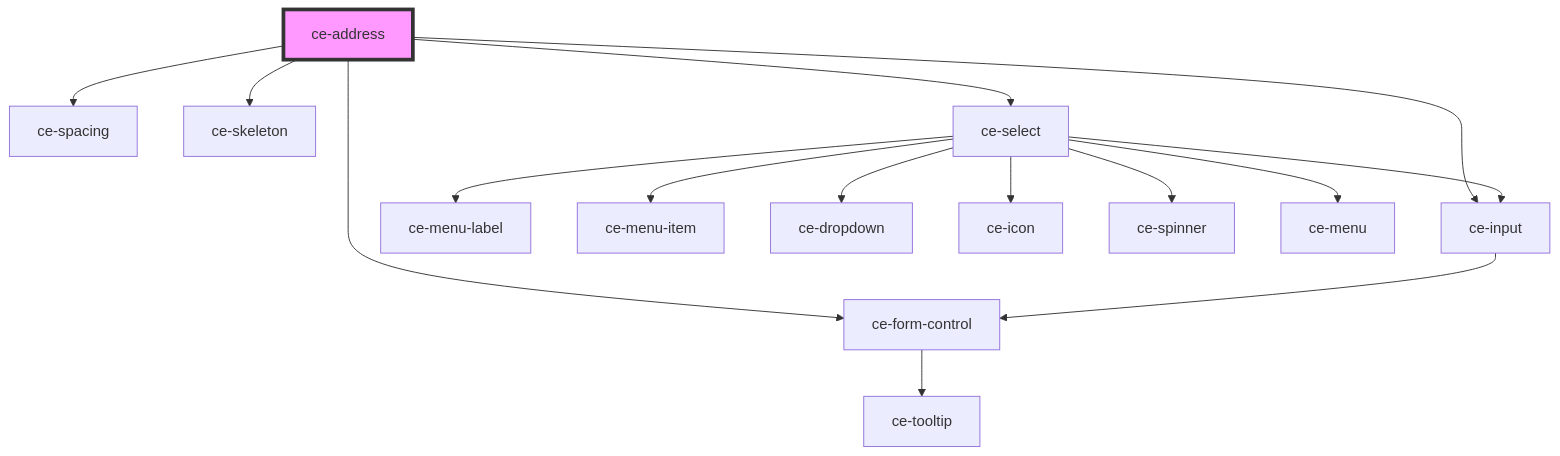
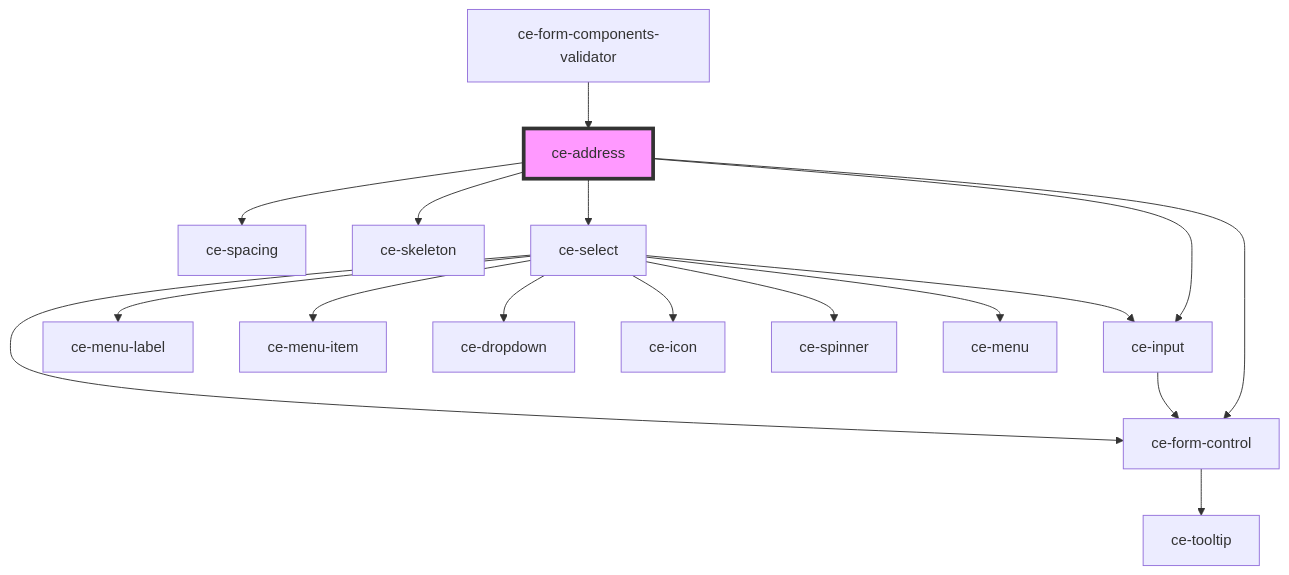
Before and after one commit to surecart/surecart-wp-plugin: the diagram in packages/components/src/components/ui/ce-address/readme.md, drawn with Mermaid. The commit also changed other lines of this file and 24 other files, not shown here.

````diff
--- a/packages/components/src/components/ui/ce-address/readme.md
+++ b/packages/components/src/components/ui/ce-address/readme.md
@@ -37,18 +41,20 @@
 ```mermaid
 graph TD;
   ce-address --> ce-input
   ce-address --> ce-form-control
   ce-address --> ce-spacing
   ce-address --> ce-skeleton
   ce-address --> ce-select
   ce-input --> ce-form-control
   ce-form-control --> ce-tooltip
   ce-select --> ce-menu-label
   ce-select --> ce-menu-item
+  ce-select --> ce-form-control
   ce-select --> ce-dropdown
   ce-select --> ce-icon
   ce-select --> ce-input
   ce-select --> ce-spinner
   ce-select --> ce-menu
+  ce-form-components-validator --> ce-address
   style ce-address fill:#f9f,stroke:#333,stroke-width:4px
 ```
````
